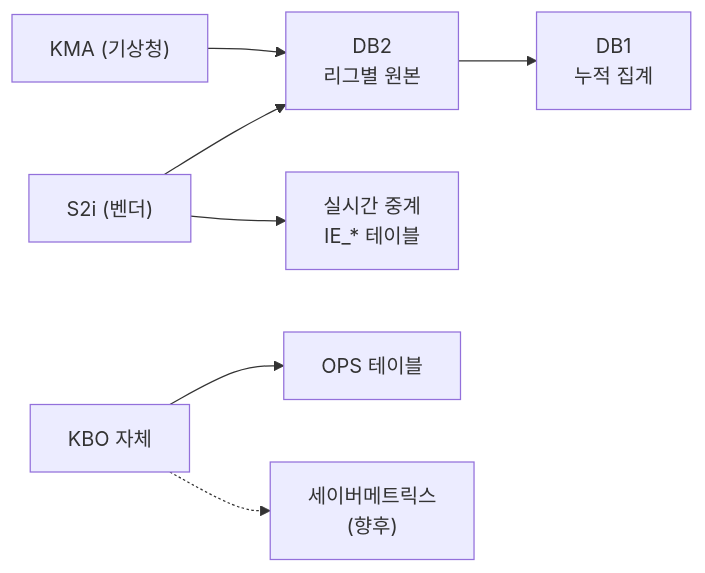
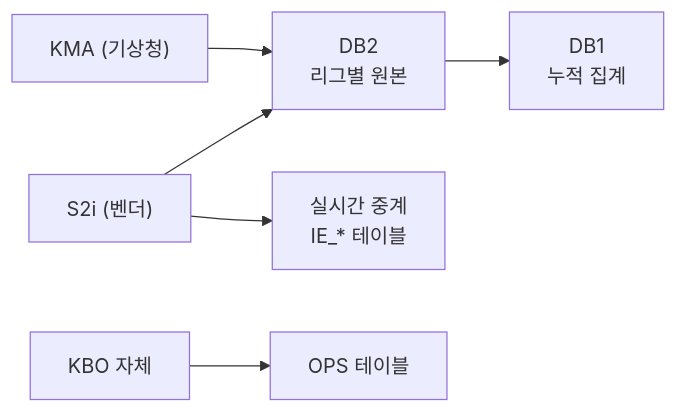
The second of 3 diagrams in architecture.md (kbop-platform/kbo-data-governance), drawn with Mermaid before and after one commit. The commit also changed other lines of this file and 3 other files, not shown here.

````diff
--- a/architecture.md
+++ b/architecture.md
@@ -140,9 +104,8 @@
 ```mermaid
 flowchart LR
     S2i["S2i (벤더)"] --> DB2["DB2\n리그별 원본"]
     DB2 --> DB1["DB1\n누적 집계"]
     S2i --> RT["실시간 중계\nIE_* 테이블"]
     KMA["KMA (기상청)"] --> DB2
     KBO_OWN["KBO 자체"] --> OPS["OPS 테이블"]
-    KBO_OWN -.-> SABER["세이버메트릭스\n(향후)"]
 ```
````
